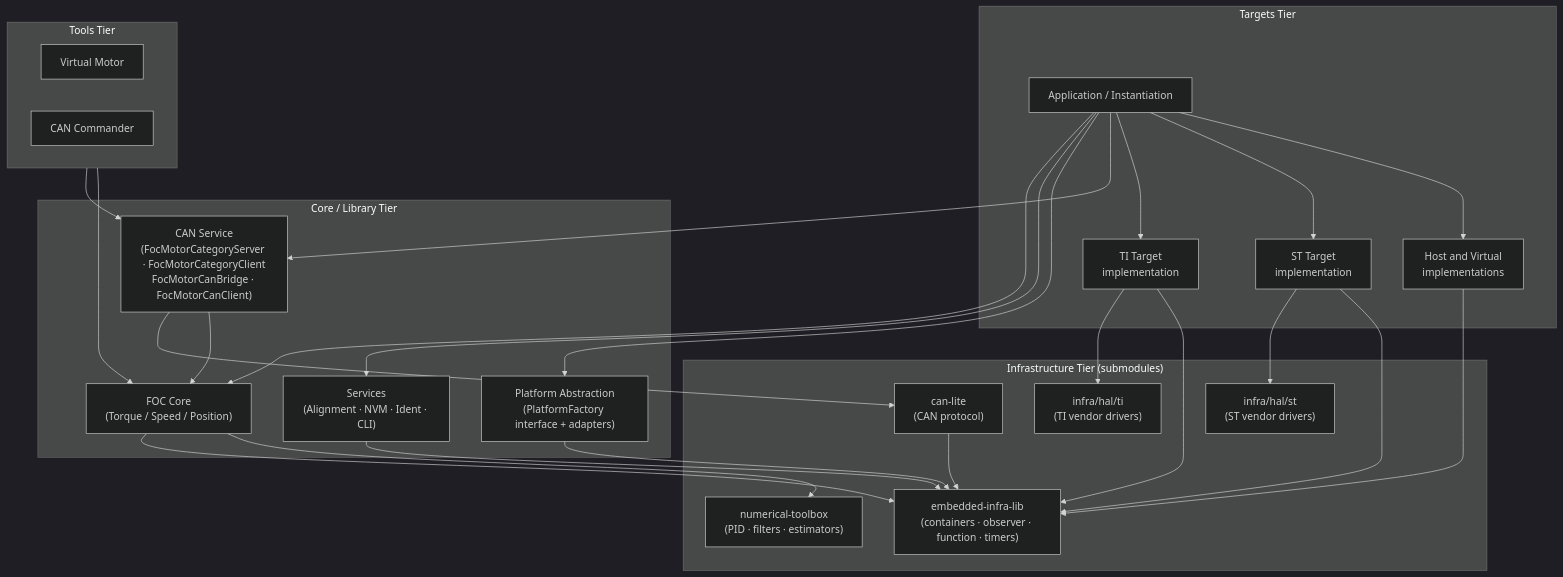
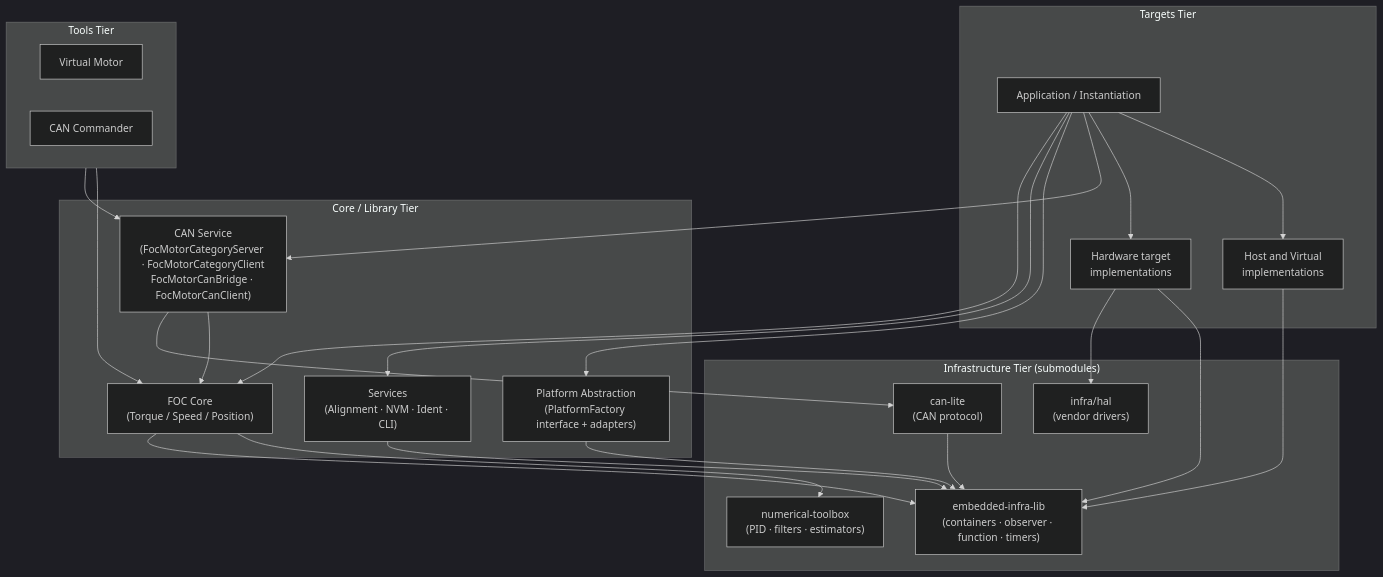
The first of 7 diagrams in documentation/architecture/system.md (embedded-pro/e-foc), drawn with Mermaid (dark theme) before and after one commit. The commit also changed other lines of this file and 79 other files, not shown here.

````diff
--- a/documentation/architecture/system.md
+++ b/documentation/architecture/system.md
@@ -55,51 +56,46 @@
 ```mermaid
 graph TD
     subgraph TARGETS["Targets Tier"]
         INST["Application / Instantiation"]
-        PAL_TI["TI Target\nimplementation"]
-        PAL_ST["ST Target\nimplementation"]
+        PAL_HW["Hardware target\nimplementations"]
         PAL_HOST["Host and Virtual\nimplementations"]
     end
 
     subgraph SRC["Core / Library Tier"]
         SVC["Services\n(Alignment · NVM · Ident · CLI)"]
         FOC["FOC Core\n(Torque / Speed / Position)"]
         HF["Platform Abstraction\n(PlatformFactory interface + adapters)"]
         CAN_SVC["CAN Service\n(FocMotorCategoryServer · FocMotorCategoryClient\nFocMotorCanBridge · FocMotorCanClient)"]
     end
 
     subgraph INFRA["Infrastructure Tier (submodules)"]
         EMIL["embedded-infra-lib\n(containers · observer · function · timers)"]
         NT["numerical-toolbox\n(PID · filters · estimators)"]
         CAN["can-lite\n(CAN protocol)"]
-        HAL_TI["infra/hal/ti\n(TI vendor drivers)"]
-        HAL_ST["infra/hal/st\n(ST vendor drivers)"]
+        HAL["infra/hal\n(vendor drivers)"]
     end
 
     subgraph TOOLS["Tools Tier"]
         VM["Virtual Motor"]
         CANC["CAN Commander"]
     end
 
     INST --> FOC
     INST --> SVC
     INST --> HF
     INST --> CAN_SVC
-    INST --> PAL_TI
-    INST --> PAL_ST
+    INST --> PAL_HW
     INST --> PAL_HOST
     FOC --> EMIL
     FOC --> NT
     SVC --> EMIL
     HF --> EMIL
     CAN_SVC --> CAN
     CAN_SVC --> FOC
-    PAL_TI --> HAL_TI
-    PAL_ST --> HAL_ST
+    PAL_HW --> HAL
     PAL_HOST --> EMIL
-    PAL_TI --> EMIL
-    PAL_ST --> EMIL
+    PAL_HW --> EMIL
     CAN --> EMIL
     TOOLS --> CAN_SVC
     TOOLS --> FOC
 ```
````
